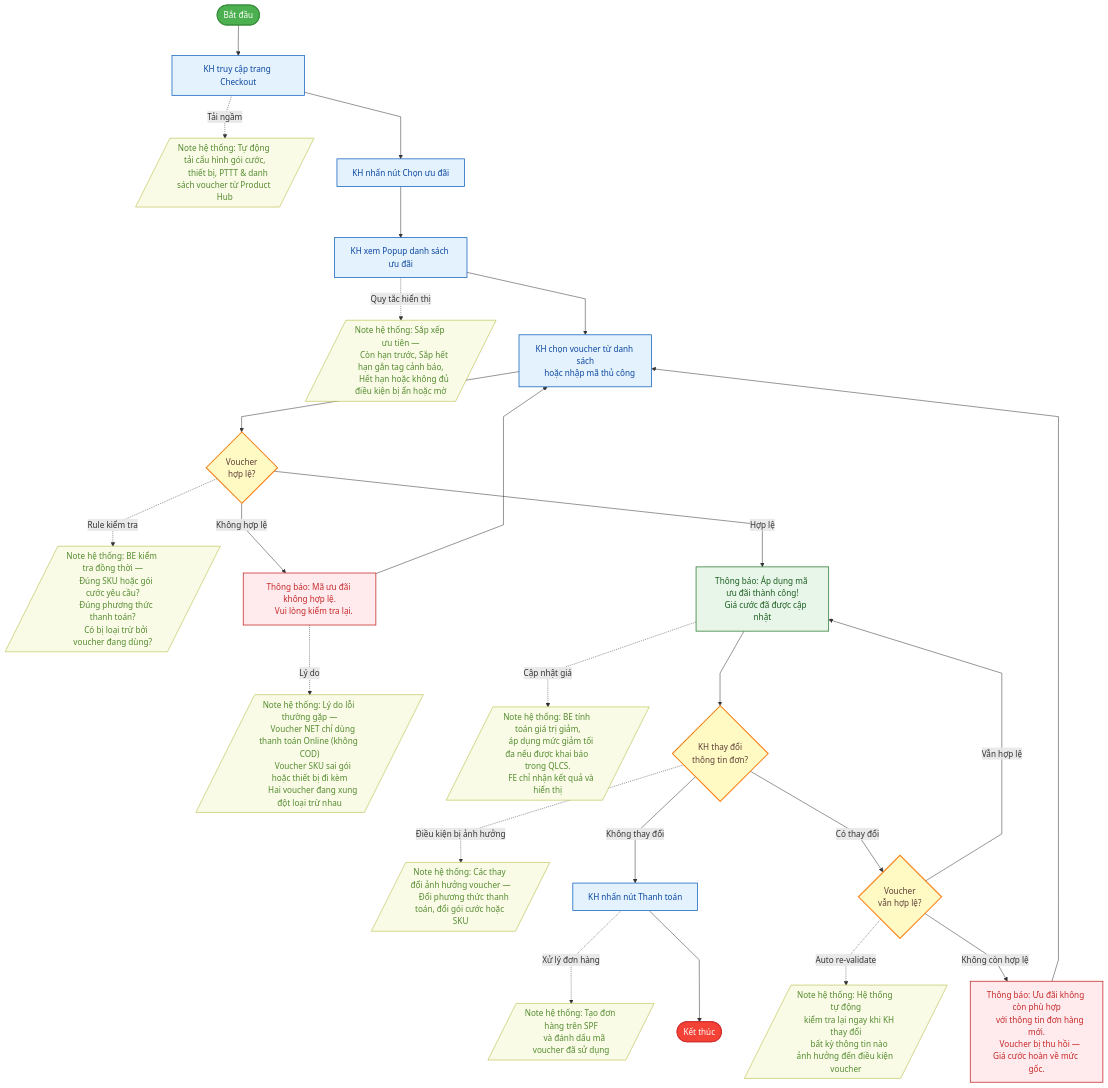
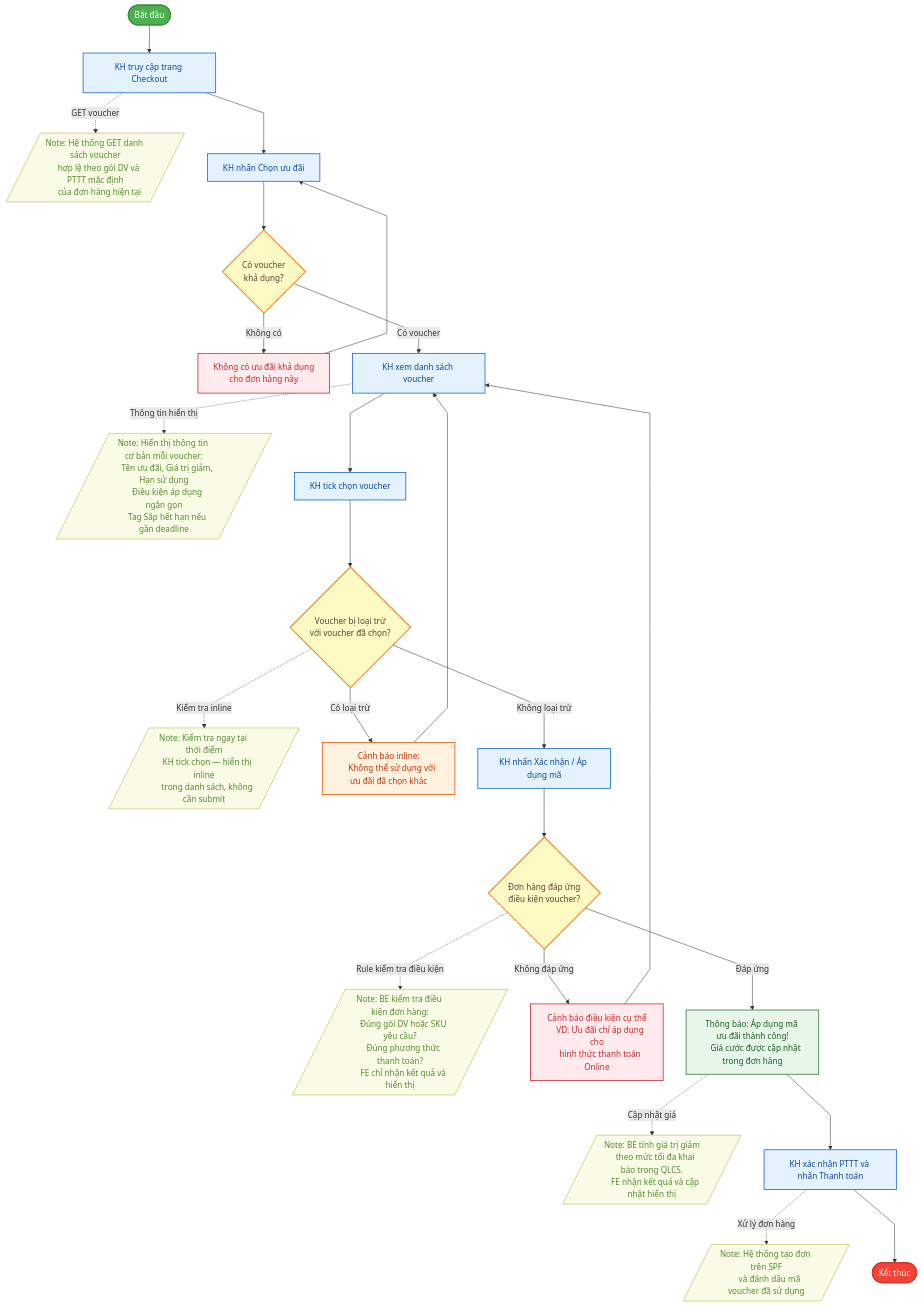
One commit to hathuy2706-BA/FPT changed the diagram in diagrams/voucher_flow.md. Above: the diagram before and after it, drawn with Mermaid. The commit also changed other lines of this file and 2 other files, not shown here.

Commit message:
docs(voucher): update URD v1.1 & flow diagram - add 3 business cases (empty state, inline exclusion warning, specific condition error)

````diff
--- a/diagrams/voucher_flow.md
+++ b/diagrams/voucher_flow.md
@@ -13,5 +15,5 @@
 ```mermaid
-%%{init: { 'theme': 'default', 'flowchart': { 'curve': 'linear', 'nodeSpacing': 45, 'rankSpacing': 60 } } }%%
+%%{init: { 'theme': 'default', 'flowchart': { 'curve': 'linear', 'nodeSpacing': 45, 'rankSpacing': 55 } } }%%
 flowchart TD
 
     classDef startEnd fill:#4CAF50,stroke:#388E3C,stroke-width:2px,color:#fff
@@ -21,100 +23,124 @@
     classDef noteBox  fill:#F9FBE7,stroke:#AFB42B,stroke-width:1px,color:#558B2F
     classDef errBox   fill:#FFEBEE,stroke:#C62828,stroke-width:1.5px,color:#C62828
     classDef okBox    fill:#E8F5E9,stroke:#2E7D32,stroke-width:1.5px,color:#1B5E20
+    classDef warnBox  fill:#FFF3E0,stroke:#E65100,stroke-width:1.5px,color:#BF360C
 
+    %% ═══════════════════════════════════
+    %% BƯỚC 1: VÀO CHECKOUT
+    %% ═══════════════════════════════════
     START([Bắt đầu])
+    S1["KH truy cập trang Checkout"]
+    N1[/"Note: Hệ thống GET danh sách voucher
+    hợp lệ theo gói DV và PTTT mặc định
+    của đơn hàng hiện tại"/]
 
-    S1["KH truy cập trang Checkout"]
-    N1[/"Note hệ thống: Tự động tải cấu hình gói cước,
-    thiết bị, PTTT & danh sách voucher từ Product Hub"/]
+    %% ═══════════════════════════════════
+    %% BƯỚC 2: CHỌN ƯU ĐÃI
+    %% ═══════════════════════════════════
+    S2["KH nhấn Chọn ưu đãi"]
 
-    S2["KH nhấn nút Chọn ưu đãi"]
+    CHK_EMPTY{"Có voucher
+    khả dụng?"}
 
-    S3["KH xem Popup danh sách ưu đãi"]
-    N3[/"Note hệ thống: Sắp xếp ưu tiên —
-    Còn hạn trước, Sắp hết hạn gắn tag cảnh báo,
-    Hết hạn hoặc không đủ điều kiện bị ẩn hoặc mờ"/]
+    EMPTY["Không có ưu đãi khả dụng
+    cho đơn hàng này"]
 
-    S4["KH chọn voucher từ danh sách
-    hoặc nhập mã thủ công"]
+    S3["KH xem danh sách voucher"]
+    N3[/"Note: Hiển thị thông tin cơ bản mỗi voucher:
+    Tên ưu đãi, Giá trị giảm, Hạn sử dụng
+    Điều kiện áp dụng ngắn gọn
+    Tag Sắp hết hạn nếu gần deadline"/]
 
-    CHK{"Voucher
-    hợp lệ?"}
-    N4[/"Note hệ thống: BE kiểm tra đồng thời —
-    Đúng SKU hoặc gói cước yêu cầu?
+    %% ═══════════════════════════════════
+    %% BƯỚC 3: KH CHỌN VOUCHER
+    %% ═══════════════════════════════════
+    S4["KH tick chọn voucher"]
+
+    CHK_EXCL{"Voucher bị loại trừ
+    với voucher đã chọn?"}
+    N4[/"Note: Kiểm tra ngay tại thời điểm
+    KH tick chọn — hiển thị inline
+    trong danh sách, không cần submit"/]
+
+    WARN_EXCL["Cảnh báo inline:
+    Không thể sử dụng với ưu đãi đã chọn khác"]
+
+    %% ═══════════════════════════════════
+    %% BƯỚC 4: HỆ THỐNG KIỂM TRA ĐIỀU KIỆN
+    %% ═══════════════════════════════════
+    S5["KH nhấn Xác nhận / Áp dụng mã"]
+
+    CHK_COND{"Đơn hàng đáp ứng
+    điều kiện voucher?"}
+    N5[/"Note: BE kiểm tra điều kiện đơn hàng:
+    Đúng gói DV hoặc SKU yêu cầu?
     Đúng phương thức thanh toán?
-    Có bị loại trừ bởi voucher đang dùng?"/]
-
-    ERR["Thông báo: Mã ưu đãi không hợp lệ.
-    Vui lòng kiểm tra lại."]
-    N_ERR[/"Note hệ thống: Lý do lỗi thường gặp —
-    Voucher NET chỉ dùng thanh toán Online (không COD)
-    Voucher SKU sai gói hoặc thiết bị đi kèm
-    Hai voucher đang xung đột loại trừ nhau"/]
-
-    OK["Thông báo: Áp dụng mã ưu đãi thành công!
-    Giá cước đã được cập nhật"]
-    N_OK[/"Note hệ thống: BE tính toán giá trị giảm,
-    áp dụng mức giảm tối đa nếu được khai báo trong QLCS.
     FE chỉ nhận kết quả và hiển thị"/]
 
-    CHG{"KH thay đổi
-    thông tin đơn?"}
-    N_CHG[/"Note hệ thống: Các thay đổi ảnh hưởng voucher —
-    Đổi phương thức thanh toán, đổi gói cước hoặc SKU"/]
+    WARN_COND["Cảnh báo điều kiện cụ thể
+    VD: Ưu đãi chỉ áp dụng cho
+    hình thức thanh toán Online"]
 
-    PAY["KH nhấn nút Thanh toán"]
+    %% ═══════════════════════════════════
+    %% BƯỚC 5: ÁP DỤNG THÀNH CÔNG
+    %% ═══════════════════════════════════
+    OK["Thông báo: Áp dụng mã ưu đãi thành công!
+    Giá cước được cập nhật trong đơn hàng"]
+    N_OK[/"Note: BE tính giá trị giảm
+    theo mức tối đa khai báo trong QLCS.
+    FE nhận kết quả và cập nhật hiển thị"/]
 
-    RECHK{"Voucher
-    vẫn hợp lệ?"}
-    N_RECHK[/"Note hệ thống: Hệ thống tự động
-    kiểm tra lại ngay khi KH thay đổi
-    bất kỳ thông tin nào ảnh hưởng đến điều kiện voucher"/]
-
-    REVOKE["Thông báo: Ưu đãi không còn phù hợp
-    với thông tin đơn hàng mới.
-    Voucher bị thu hồi — Giá cước hoàn về mức gốc."]
-
-    N_PAY[/"Note hệ thống: Tạo đơn hàng trên SPF
+    %% ═══════════════════════════════════
+    %% BƯỚC 6: THANH TOÁN
+    %% ═══════════════════════════════════
+    PAY["KH xác nhận PTTT và nhấn Thanh toán"]
+    N_PAY[/"Note: Hệ thống tạo đơn trên SPF
     và đánh dấu mã voucher đã sử dụng"/]
 
     DONE([Kết thúc])
 
+    %% Gán style
     class START startEnd
     class DONE stopEnd
-    class S1,S2,S3,S4,PAY khStep
-    class CHK,CHG,RECHK gate
-    class N1,N3,N4,N_ERR,N_OK,N_CHG,N_RECHK,N_PAY noteBox
-    class ERR,REVOKE errBox
+    class S1,S2,S3,S4,S5,PAY khStep
+    class CHK_EMPTY,CHK_EXCL,CHK_COND gate
+    class N1,N3,N4,N5,N_OK,N_PAY noteBox
+    class EMPTY,WARN_COND errBox
+    class WARN_EXCL warnBox
     class OK okBox
 
+    %% ═══════════════════════════════════
+    %% LUỒNG LIÊN KẾT
+    %% ═══════════════════════════════════
     START --> S1
-    S1 -. "Tải ngầm" .-> N1
-    S1 --> S2 --> S3
-    S3 -. "Quy tắc hiển thị" .-> N3
+    S1 -. "GET voucher" .-> N1
+    S1 --> S2 --> CHK_EMPTY
+
+    CHK_EMPTY -->|Không có| EMPTY
+    EMPTY --> S2
+
+    CHK_EMPTY -->|Có voucher| S3
+    S3 -. "Thông tin hiển thị" .-> N3
     S3 --> S4
 
-    S4 --> CHK
-    CHK -. "Rule kiểm tra" .-> N4
+    S4 --> CHK_EXCL
+    CHK_EXCL -. "Kiểm tra inline" .-> N4
 
-    CHK -->|Không hợp lệ| ERR
-    ERR -. "Lý do" .-> N_ERR
-    ERR --> S4
+    CHK_EXCL -->|Có loại trừ| WARN_EXCL
+    WARN_EXCL --> S3
 
-    CHK -->|Hợp lệ| OK
+    CHK_EXCL -->|Không loại trừ| S5
+
+    S5 --> CHK_COND
+    CHK_COND -. "Rule kiểm tra điều kiện" .-> N5
+
+    CHK_COND -->|Không đáp ứng| WARN_COND
+    WARN_COND --> S3
+
+    CHK_COND -->|Đáp ứng| OK
     OK -. "Cập nhật giá" .-> N_OK
 
-    OK --> CHG
-    CHG -. "Điều kiện bị ảnh hưởng" .-> N_CHG
-
-    CHG -->|Không thay đổi| PAY
-    CHG -->|Có thay đổi| RECHK
-
-    RECHK -. "Auto re-validate" .-> N_RECHK
-    RECHK -->|Vẫn hợp lệ| OK
-    RECHK -->|Không còn hợp lệ| REVOKE
-    REVOKE --> S4
-
+    OK --> PAY
     PAY -. "Xử lý đơn hàng" .-> N_PAY
     PAY --> DONE
 ```
````
